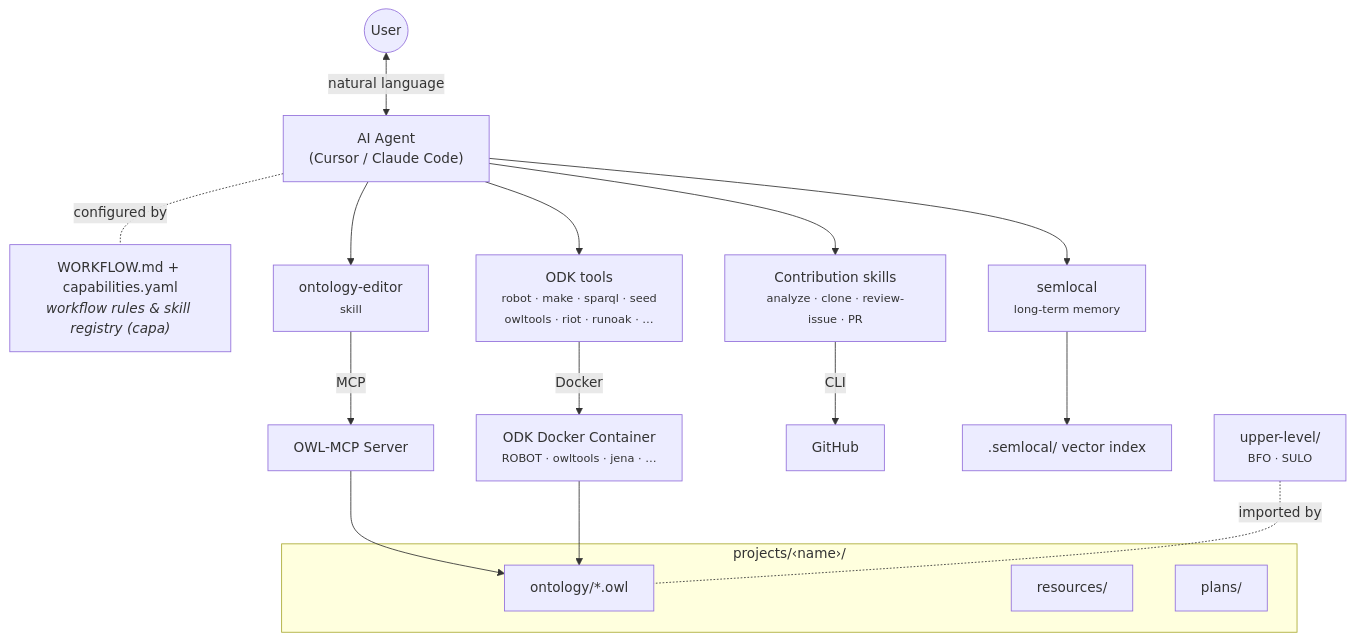
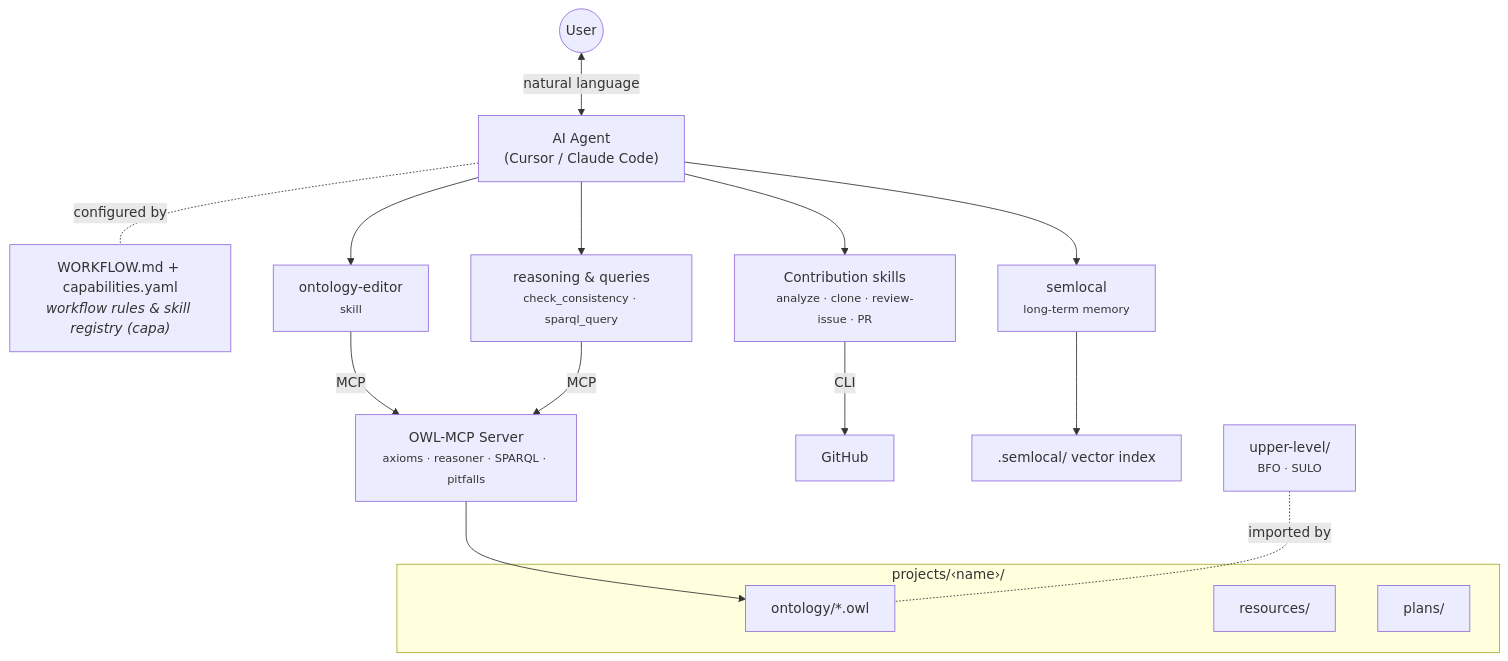
The diagram in README.md (Minitour/agentic-ontology-development-kit), drawn with Mermaid before and after one commit. The commit also changed other lines of this file and 12 other files, not shown here.

````diff
--- a/README.md
+++ b/README.md
@@ -7,29 +7,28 @@
 ```mermaid
 flowchart TB
     User(("User"))
 
     User <-->|natural language| Agent["AI Agent<br/>(Cursor / Claude Code)"]
 
     Agent -.-|configured by| Config["WORKFLOW.md &plus; capabilities.yaml<br/><i>workflow rules &amp; skill registry (capa)</i>"]
 
     Agent --> Editing["ontology-editor<br/><small>skill</small>"]
-    Agent --> ODK["ODK tools<br/><small>robot · make · sparql · seed<br/>owltools · riot · runoak · …</small>"]
+    Agent --> Reason["reasoning &amp; queries<br/><small>check_consistency · sparql_query</small>"]
     Agent --> Contrib["Contribution skills<br/><small>analyze · clone · review-issue · PR</small>"]
     Agent --> Memory["semlocal<br/><small>long-term memory</small>"]
 
-    Editing -->|MCP| MCP["OWL-MCP Server<br/>"]
-    ODK -->|Docker| Docker["ODK Docker Container<br/><small>ROBOT · owltools · jena · …</small>"]
+    Editing -->|MCP| MCP["OWL-MCP Server<br/><small>axioms · reasoner · SPARQL · pitfalls</small>"]
+    Reason -->|MCP| MCP
     Contrib -->|CLI| GH["GitHub"]
     Memory --> Idx[".semlocal/ vector index"]
 
     MCP --> OWL
-    Docker --> OWL
 
     subgraph Project ["projects/‹name›/"]
         OWL["ontology/*.owl"]
         Res["resources/"]
         Plans["plans/"]
     end
 
     Upper["upper-level/<br/><small>BFO · SULO</small>"] -.-|imported by| OWL
 ```
````
